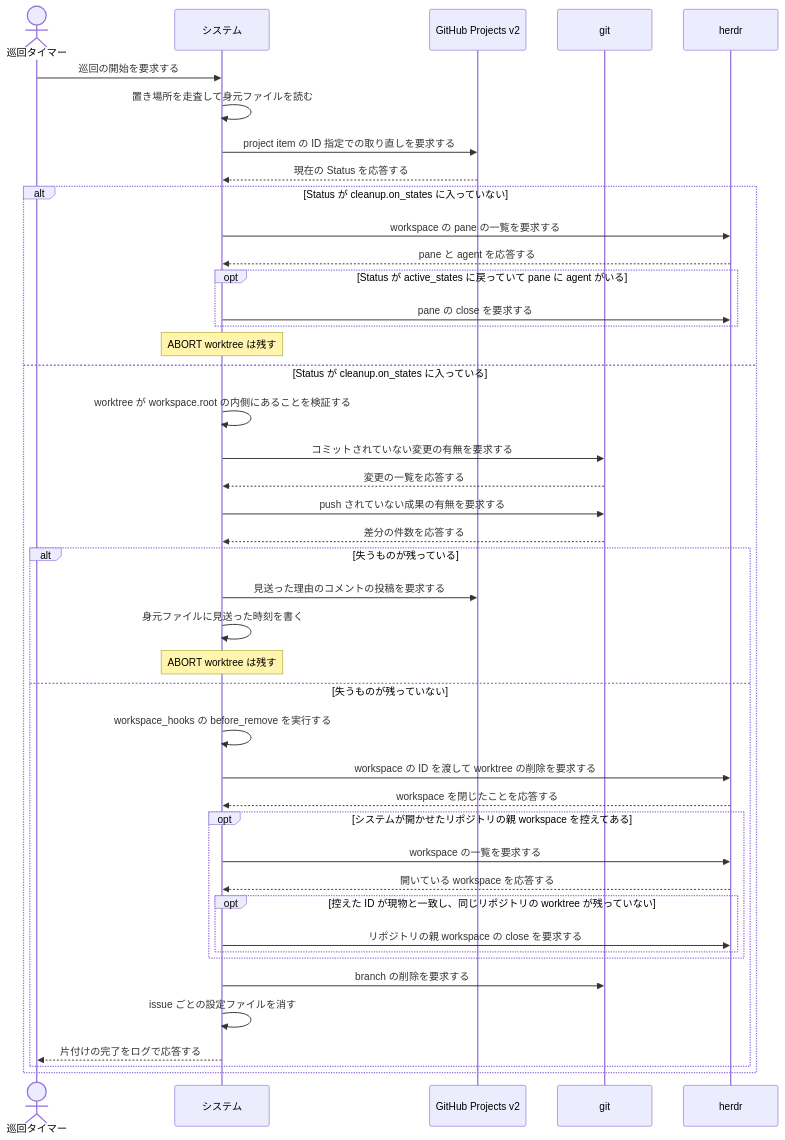
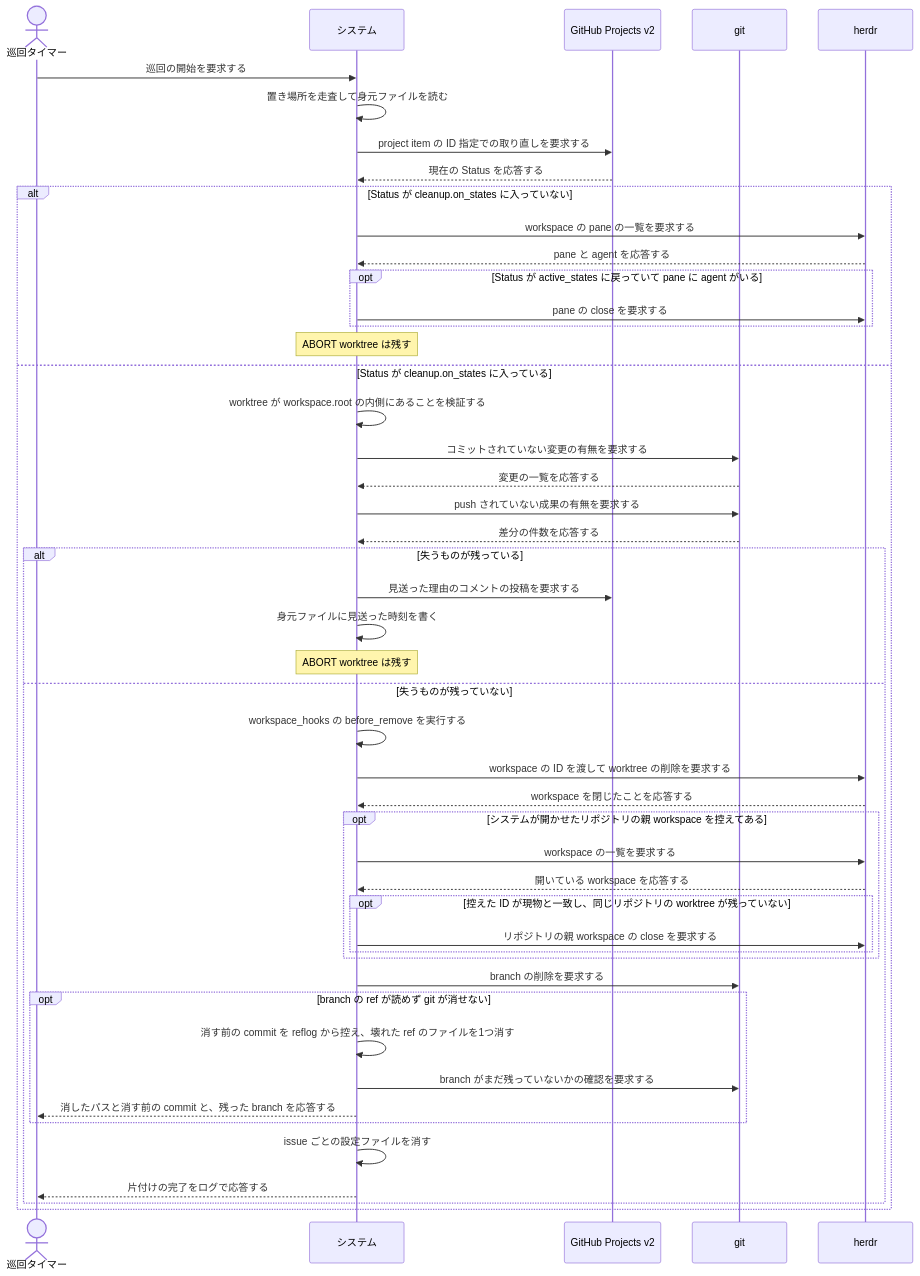
The second of 2 diagrams in docs/spec/usecases/particular_case/worktree と branch を片付ける.rucm.md (maimuzo/continuo), drawn with Mermaid before and after one commit. The commit also changed other lines of this file and 26 other files, not shown here.

First line of the commit message:
壊れた ref をファイルとして消して先へ進む 消してよい条件を7つに絞り、消したあとに残っていないことを確かめる

````diff
--- a/docs/spec/usecases/particular_case/worktree と branch を片付ける.rucm.md
+++ b/docs/spec/usecases/particular_case/worktree と branch を片付ける.rucm.md
@@ -219,46 +290,51 @@
 ```mermaid
 sequenceDiagram
     actor T as 巡回タイマー
     participant S as システム
     participant GH as GitHub Projects v2
     participant G as git
     participant H as herdr
 
     T->>S: 巡回の開始を要求する
     S->>S: 置き場所を走査して身元ファイルを読む
     S->>GH: project item の ID 指定での取り直しを要求する
     GH-->>S: 現在の Status を応答する
     alt Status が cleanup.on_states に入っていない
         S->>H: workspace の pane の一覧を要求する
         H-->>S: pane と agent を応答する
         opt Status が active_states に戻っていて pane に agent がいる
             S->>H: pane の close を要求する
         end
         Note over S: ABORT worktree は残す
     else Status が cleanup.on_states に入っている
         S->>S: worktree が workspace.root の内側にあることを検証する
         S->>G: コミットされていない変更の有無を要求する
         G-->>S: 変更の一覧を応答する
         S->>G: push されていない成果の有無を要求する
         G-->>S: 差分の件数を応答する
         alt 失うものが残っている
             S->>GH: 見送った理由のコメントの投稿を要求する
             S->>S: 身元ファイルに見送った時刻を書く
             Note over S: ABORT worktree は残す
         else 失うものが残っていない
             S->>S: workspace_hooks の before_remove を実行する
             S->>H: workspace の ID を渡して worktree の削除を要求する
             H-->>S: workspace を閉じたことを応答する
             opt システムが開かせたリポジトリの親 workspace を控えてある
                 S->>H: workspace の一覧を要求する
                 H-->>S: 開いている workspace を応答する
                 opt 控えた ID が現物と一致し、同じリポジトリの worktree が残っていない
                     S->>H: リポジトリの親 workspace の close を要求する
                 end
             end
             S->>G: branch の削除を要求する
+            opt branch の ref が読めず git が消せない
+                S->>S: 消す前の commit を reflog から控え、壊れた ref のファイルを1つ消す
+                S->>G: branch がまだ残っていないかの確認を要求する
+                S-->>T: 消したパスと消す前の commit と、残った branch を応答する
+            end
             S->>S: issue ごとの設定ファイルを消す
             S-->>T: 片付けの完了をログで応答する
         end
     end
 ```
````
